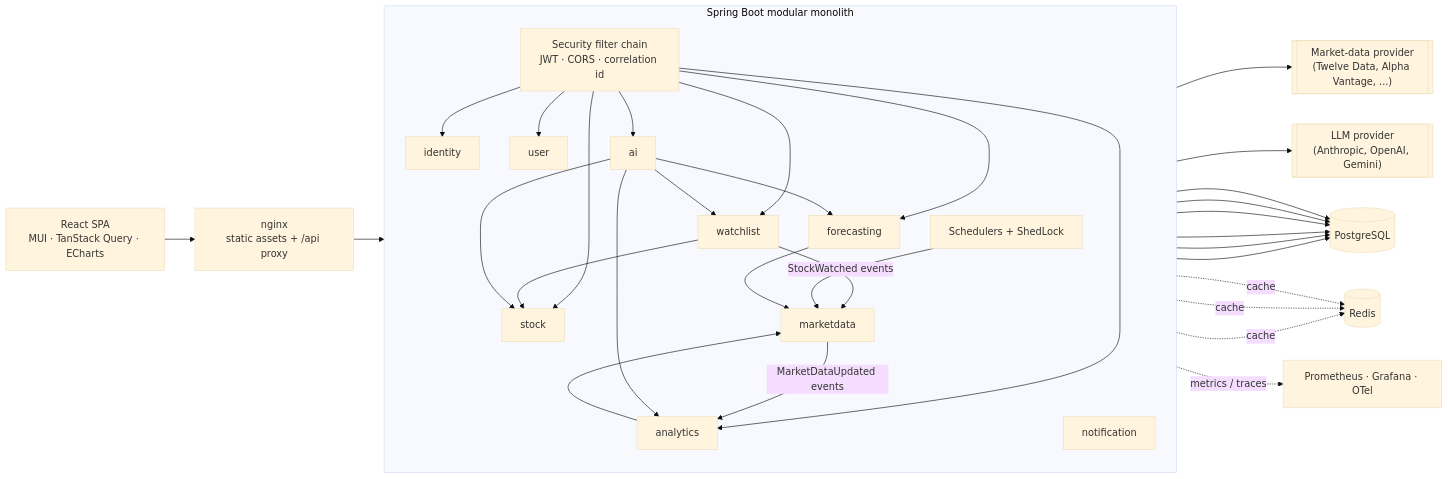
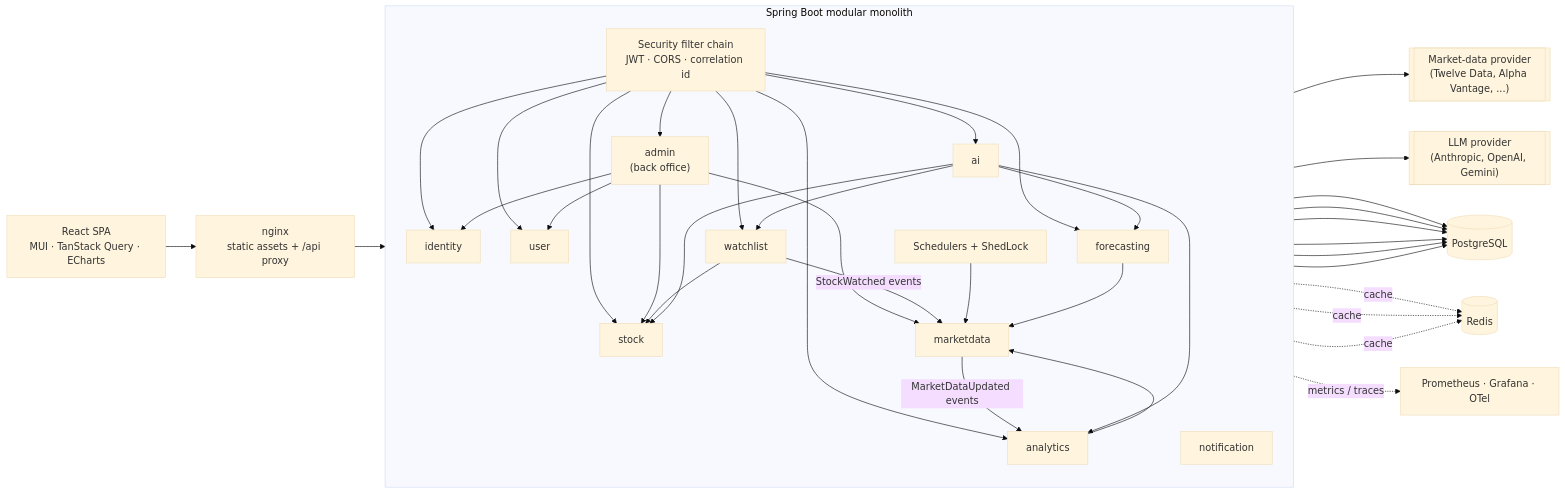
Before and after one commit to minhaj86/stock-forecaster: the first of 5 diagrams in docs/architecture.md, drawn with Mermaid (base theme). The commit also changed other lines of this file and 298 other files, not shown here.

````diff
--- a/docs/architecture.md
+++ b/docs/architecture.md
@@ -36,41 +37,43 @@
 ```mermaid
 flowchart LR
     UI["React SPA<br/>MUI · TanStack Query · ECharts"]
     EDGE["nginx<br/>static assets + /api proxy"]
 
     subgraph APP["Spring Boot modular monolith"]
         direction TB
         SEC["Security filter chain<br/>JWT · CORS · correlation id"]
         ID[identity]
         USR[user]
         STK[stock]
         WL[watchlist]
         MD[marketdata]
         AN[analytics]
         FC[forecasting]
         AI[ai]
+        ADM["admin<br/>(back office)"]
         NT[notification]
         JOBS["Schedulers + ShedLock"]
     end
 
     PG[("PostgreSQL")]
     RD[("Redis")]
     MDP[["Market-data provider<br/>(Twelve Data, Alpha Vantage, ...)"]]
     LLM[["LLM provider<br/>(Anthropic, OpenAI, Gemini)"]]
     OBS["Prometheus · Grafana · OTel"]
 
     UI --> EDGE --> SEC
-    SEC --> ID & USR & STK & WL & AN & FC & AI
+    SEC --> ID & USR & STK & WL & AN & FC & AI & ADM
+    ADM --> ID & USR & STK & MD
     WL --> STK
     WL -- "StockWatched events" --> MD
     JOBS --> MD
     MD --> MDP
     MD -- "MarketDataUpdated events" --> AN
     AN --> MD
     FC --> MD
     AI --> AN & FC & WL & STK
     AI --> LLM
     ID & USR & STK & WL & MD & AI --> PG
     STK & MD & AN -. cache .-> RD
     APP -. metrics / traces .-> OBS
 ```
````
